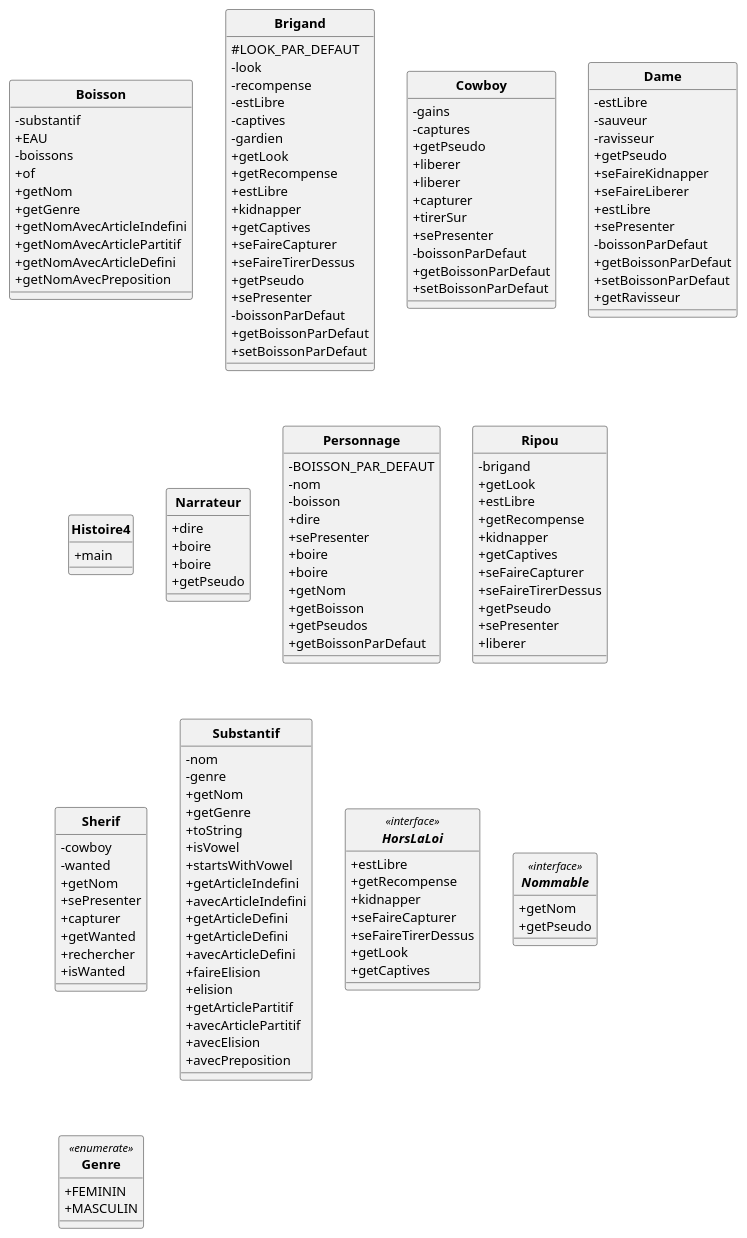
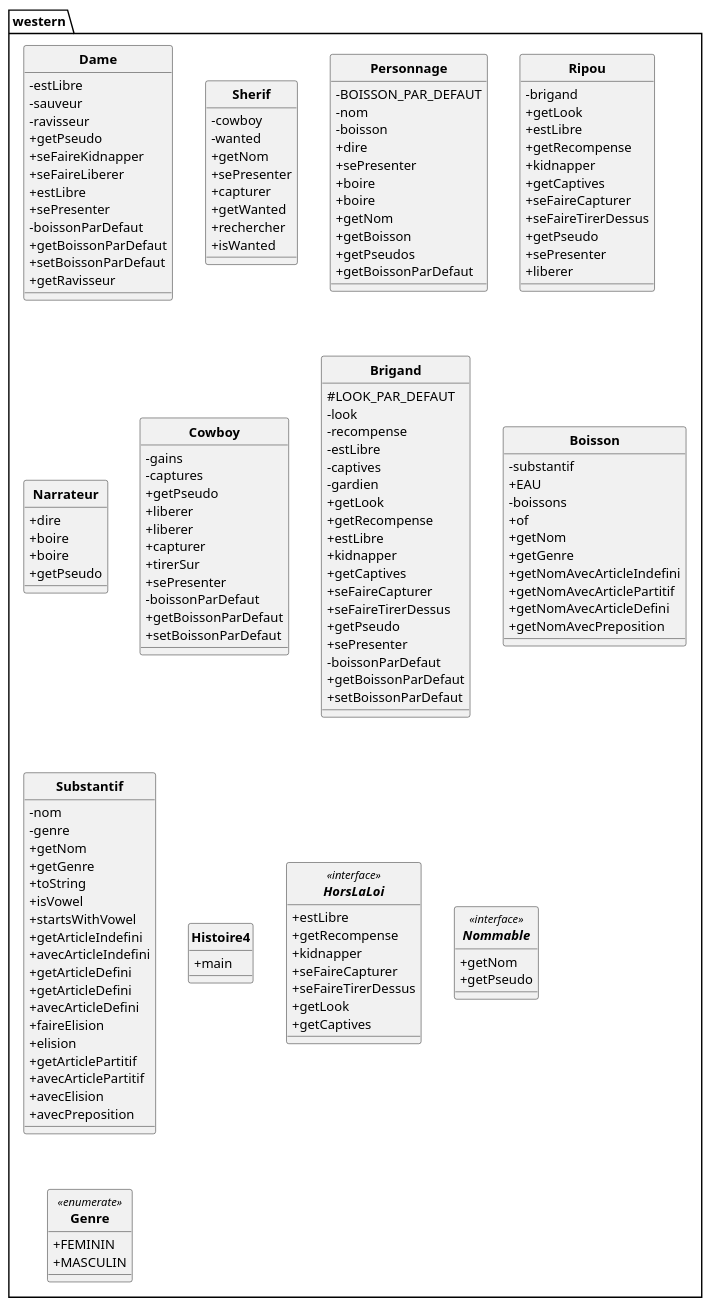
One commit to raphelSct/PUMLFromJavaAPI changed the diagram in uml/western.puml. Above: the diagram before and after it, drawn with PlantUML. The commit also changed 6 other files, not shown here.

```diff
--- a/uml/western.puml
+++ b/uml/western.puml
@@ -1,159 +1,161 @@
 @startuml
 skinparam style strictuml
 skinparam classFontStyle Bold
 skinparam classAttributeIconSize 0
-class Boisson {
-  - substantif
-  + EAU
-  - boissons
-  + of
-  + getNom
-  + getGenre
-  + getNomAvecArticleIndefini
-  + getNomAvecArticlePartitif
-  + getNomAvecArticleDefini
-  + getNomAvecPreposition
-}
-
-class Brigand {
-  # LOOK_PAR_DEFAUT
-  - look
-  - recompense
-  - estLibre
-  - captives
-  - gardien
-  + getLook
-  + getRecompense
-  + estLibre
-  + kidnapper
-  + getCaptives
-  + seFaireCapturer
-  + seFaireTirerDessus
-  + getPseudo
-  + sePresenter
-  - boissonParDefaut
-  + getBoissonParDefaut
-  + setBoissonParDefaut
-}
-
-class Cowboy {
-  - gains
-  - captures
-  + getPseudo
-  + liberer
-  + liberer
-  + capturer
-  + tirerSur
-  + sePresenter
-  - boissonParDefaut
-  + getBoissonParDefaut
-  + setBoissonParDefaut
-}
-
+package western{
 class Dame {
   - estLibre
   - sauveur
   - ravisseur
   + getPseudo
   + seFaireKidnapper
   + seFaireLiberer
   + estLibre
   + sePresenter
   - boissonParDefaut
   + getBoissonParDefaut
   + setBoissonParDefaut
   + getRavisseur
 }
 
-class Histoire4 {
-  + main
-}
-
-class Narrateur {
-  + dire
-  + boire
-  + boire
-  + getPseudo
+class Sherif {
+  - cowboy
+  - wanted
+  + getNom
+  + sePresenter
+  + capturer
+  + getWanted
+  + rechercher
+  + isWanted
 }
 
 class Personnage {
   - BOISSON_PAR_DEFAUT
   - nom
   - boisson
   + dire
   + sePresenter
   + boire
   + boire
   + getNom
   + getBoisson
   + getPseudos
   + getBoissonParDefaut
 }
 
 class Ripou {
   - brigand
   + getLook
   + estLibre
   + getRecompense
   + kidnapper
   + getCaptives
   + seFaireCapturer
   + seFaireTirerDessus
   + getPseudo
   + sePresenter
   + liberer
 }
 
-class Sherif {
-  - cowboy
-  - wanted
+class Narrateur {
+  + dire
+  + boire
+  + boire
+  + getPseudo
+}
+
+class Cowboy {
+  - gains
+  - captures
+  + getPseudo
+  + liberer
+  + liberer
+  + capturer
+  + tirerSur
+  + sePresenter
+  - boissonParDefaut
+  + getBoissonParDefaut
+  + setBoissonParDefaut
+}
+
+class Brigand {
+  # LOOK_PAR_DEFAUT
+  - look
+  - recompense
+  - estLibre
+  - captives
+  - gardien
+  + getLook
+  + getRecompense
+  + estLibre
+  + kidnapper
+  + getCaptives
+  + seFaireCapturer
+  + seFaireTirerDessus
+  + getPseudo
+  + sePresenter
+  - boissonParDefaut
+  + getBoissonParDefaut
+  + setBoissonParDefaut
+}
+
+class Boisson {
+  - substantif
+  + EAU
+  - boissons
+  + of
   + getNom
-  + sePresenter
-  + capturer
-  + getWanted
-  + rechercher
-  + isWanted
+  + getGenre
+  + getNomAvecArticleIndefini
+  + getNomAvecArticlePartitif
+  + getNomAvecArticleDefini
+  + getNomAvecPreposition
 }
 
 class Substantif {
   - nom
   - genre
   + getNom
   + getGenre
   + toString
   + isVowel
   + startsWithVowel
   + getArticleIndefini
   + avecArticleIndefini
   + getArticleDefini
   + getArticleDefini
   + avecArticleDefini
   + faireElision
   + elision
   + getArticlePartitif
   + avecArticlePartitif
   + avecElision
   + avecPreposition
 }
 
+class Histoire4 {
+  + main
+}
+
 interface HorsLaLoi <<interface>> {
   + estLibre
   + getRecompense
   + kidnapper
   + seFaireCapturer
   + seFaireTirerDessus
   + getLook
   + getCaptives
 }
 
 interface Nommable <<interface>> {
   + getNom
   + getPseudo
 }
 
 enum Genre <<enumerate>> {
   + FEMININ
   + MASCULIN
 }
 
+}
 @enduml
```
